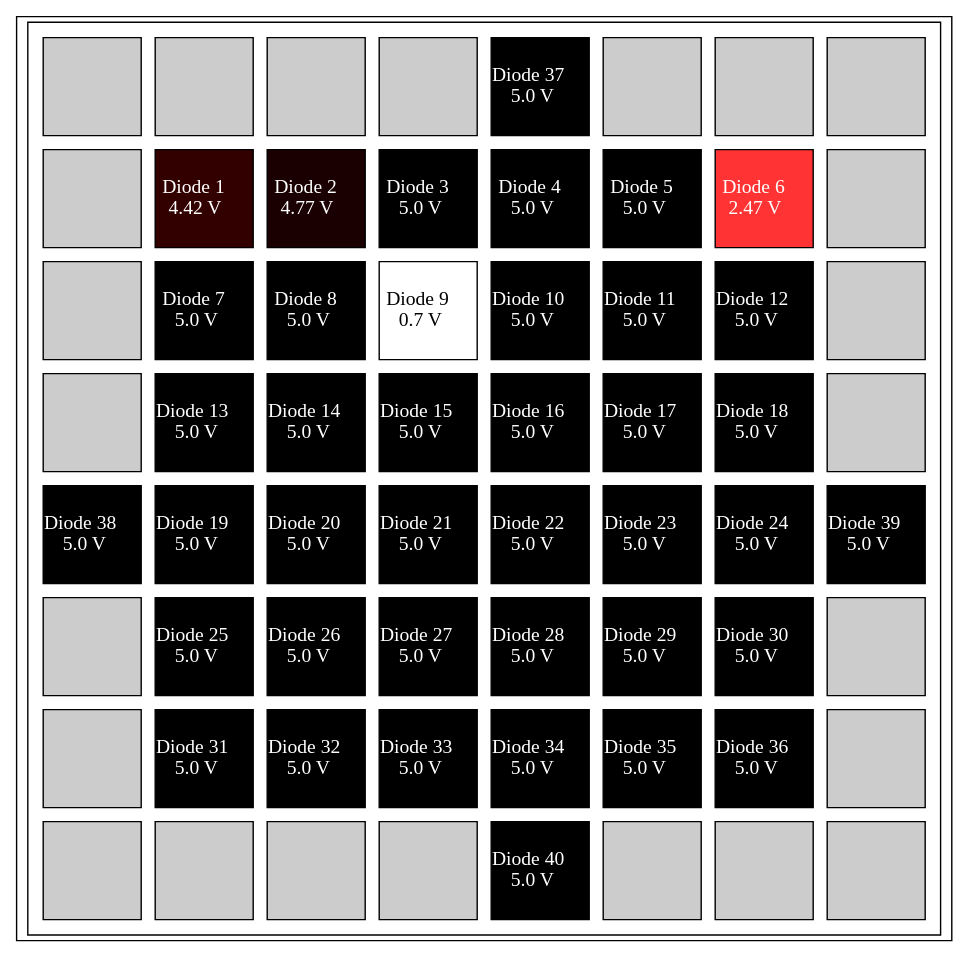
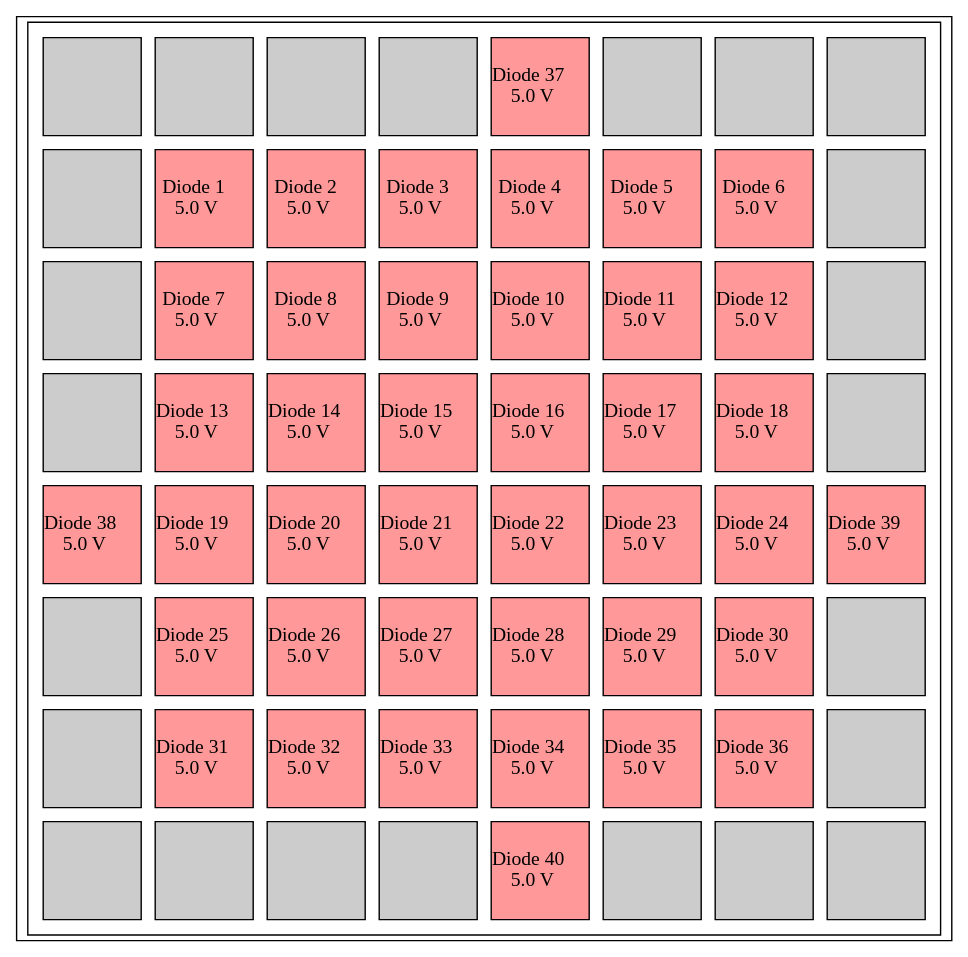
One commit to Karan-Takh/Diode-Dosimetry-Array changed the diagram in array_table.gv. Above: the diagram before and after it, drawn with Graphviz. The commit also changed 4 other files, not shown here.

```diff
--- a/array_table.gv
+++ b/array_table.gv
@@ -10,8 +10,8 @@
 
         <TD bgcolor="#cccccc" fixedsize="true" width="70" height="70"></TD>
 
-        <TD bgcolor="#000000" fixedsize="true" width="70"
-        height="70"><FONT COLOR="white">Diode 37 <BR align="center" /> 5.0 V</FONT></TD>
+        <TD bgcolor="#ff9999" fixedsize="true" width="70"
+        height="70"><FONT COLOR="black">Diode 37 <BR align="center" /> 5.0 V</FONT></TD>
 
         <TD bgcolor="#cccccc" fixedsize="true" width="70" height="70"></TD>
 
@@ -24,23 +24,23 @@
     <TR>
         <TD bgcolor="#cccccc" fixedsize="true" width="70" height="70"></TD>
 
-        <TD bgcolor="#330000" fixedsize="true" width="70"
-        height="70"><FONT COLOR="white">Diode 1 <BR align="center" /> 4.42 V</FONT></TD>
+        <TD bgcolor="#ff9999" fixedsize="true" width="70"
+        height="70"><FONT COLOR="black">Diode 1 <BR align="center" /> 5.0 V</FONT></TD>
 
-        <TD bgcolor="#1a0000" fixedsize="true" width="70"
-        height="70"><FONT COLOR="white">Diode 2 <BR align="center" /> 4.77 V</FONT></TD>
+        <TD bgcolor="#ff9999" fixedsize="true" width="70"
+        height="70"><FONT COLOR="black">Diode 2 <BR align="center" /> 5.0 V</FONT></TD>
 
-        <TD bgcolor="#000000" fixedsize="true" width="70"
-        height="70"><FONT COLOR="white">Diode 3 <BR align="center" /> 5.0 V</FONT></TD>
+        <TD bgcolor="#ff9999" fixedsize="true" width="70"
+        height="70"><FONT COLOR="black">Diode 3 <BR align="center" /> 5.0 V</FONT></TD>
 
-        <TD bgcolor="#000000" fixedsize="true" width="70"
-        height="70"><FONT COLOR="white">Diode 4 <BR align="center" /> 5.0 V</FONT></TD>
+        <TD bgcolor="#ff9999" fixedsize="true" width="70"
+        height="70"><FONT COLOR="black">Diode 4 <BR align="center" /> 5.0 V</FONT></TD>
 
-        <TD bgcolor="#000000" fixedsize="true" width="70"
-        height="70"><FONT COLOR="white">Diode 5 <BR align="center" /> 5.0 V</FONT></TD>
+        <TD bgcolor="#ff9999" fixedsize="true" width="70"
+        height="70"><FONT COLOR="black">Diode 5 <BR align="center" /> 5.0 V</FONT></TD>
 
-        <TD bgcolor="#ff3333" fixedsize="true" width="70"
-        height="70"><FONT COLOR="white">Diode 6 <BR align="center" /> 2.47 V</FONT></TD>
+        <TD bgcolor="#ff9999" fixedsize="true" width="70"
+        height="70"><FONT COLOR="black">Diode 6 <BR align="center" /> 5.0 V</FONT></TD>
 
         <TD bgcolor="#cccccc" fixedsize="true" width="70" height="70"></TD>
     </TR>
@@ -49,23 +49,23 @@
     <TR>
         <TD bgcolor="#cccccc" fixedsize="true" width="70" height="70"></TD>
 
-        <TD bgcolor="#000000" fixedsize="true" width="70"
-        height="70"><FONT COLOR="white">Diode 7 <BR align="center" /> 5.0 V</FONT></TD>
+        <TD bgcolor="#ff9999" fixedsize="true" width="70"
+        height="70"><FONT COLOR="black">Diode 7 <BR align="center" /> 5.0 V</FONT></TD>
 
-        <TD bgcolor="#000000" fixedsize="true" width="70"
-        height="70"><FONT COLOR="white">Diode 8 <BR align="center" /> 5.0 V</FONT></TD>
+        <TD bgcolor="#ff9999" fixedsize="true" width="70"
+        height="70"><FONT COLOR="black">Diode 8 <BR align="center" /> 5.0 V</FONT></TD>
 
-        <TD bgcolor="#ffffff" fixedsize="true" width="70"
-        height="70"><FONT COLOR="black">Diode 9 <BR align="center" /> 0.7 V</FONT></TD>
+        <TD bgcolor="#ff9999" fixedsize="true" width="70"
+        height="70"><FONT COLOR="black">Diode 9 <BR align="center" /> 5.0 V</FONT></TD>
 
-        <TD bgcolor="#000000" fixedsize="true" width="70"
-        height="70"><FONT COLOR="white">Diode 10 <BR align="center" /> 5.0 V</FONT></TD>
+        <TD bgcolor="#ff9999" fixedsize="true" width="70"
+        height="70"><FONT COLOR="black">Diode 10 <BR align="center" /> 5.0 V</FONT></TD>
 
-        <TD bgcolor="#000000" fixedsize="true" width="70"
-        height="70"><FONT COLOR="white">Diode 11 <BR align="center" /> 5.0 V</FONT></TD>
+        <TD bgcolor="#ff9999" fixedsize="true" width="70"
+        height="70"><FONT COLOR="black">Diode 11 <BR align="center" /> 5.0 V</FONT></TD>
 
-        <TD bgcolor="#000000" fixedsize="true" width="70"
-        height="70"><FONT COLOR="white">Diode 12 <BR align="center" /> 5.0 V</FONT></TD>
+        <TD bgcolor="#ff9999" fixedsize="true" width="70"
+        height="70"><FONT COLOR="black">Diode 12 <BR align="center" /> 5.0 V</FONT></TD>
 
         <TD bgcolor="#cccccc" fixedsize="true" width="70" height="70"></TD>
     </TR>
@@ -74,75 +74,75 @@
     <TR>
         <TD bgcolor="#cccccc" fixedsize="true" width="70" height="70"></TD>
 
-        <TD bgcolor="#000000" fixedsize="true" width="70"
-        height="70"><FONT COLOR="white">Diode 13 <BR align="center" /> 5.0 V</FONT></TD>
+        <TD bgcolor="#ff9999" fixedsize="true" width="70"
+        height="70"><FONT COLOR="black">Diode 13 <BR align="center" /> 5.0 V</FONT></TD>
 
-        <TD bgcolor="#000000" fixedsize="true" width="70"
-        height="70"><FONT COLOR="white">Diode 14 <BR align="center" /> 5.0 V</FONT></TD>
+        <TD bgcolor="#ff9999" fixedsize="true" width="70"
+        height="70"><FONT COLOR="black">Diode 14 <BR align="center" /> 5.0 V</FONT></TD>
 
-        <TD bgcolor="#000000" fixedsize="true" width="70"
-        height="70"><FONT COLOR="white">Diode 15 <BR align="center" /> 5.0 V</FONT></TD>
+        <TD bgcolor="#ff9999" fixedsize="true" width="70"
+        height="70"><FONT COLOR="black">Diode 15 <BR align="center" /> 5.0 V</FONT></TD>
 
-        <TD bgcolor="#000000" fixedsize="true" width="70"
-        height="70"><FONT COLOR="white">Diode 16 <BR align="center" /> 5.0 V</FONT></TD>
+        <TD bgcolor="#ff9999" fixedsize="true" width="70"
+        height="70"><FONT COLOR="black">Diode 16 <BR align="center" /> 5.0 V</FONT></TD>
 
-        <TD bgcolor="#000000" fixedsize="true" width="70"
-        height="70"><FONT COLOR="white">Diode 17 <BR align="center" /> 5.0 V</FONT></TD>
+        <TD bgcolor="#ff9999" fixedsize="true" width="70"
+        height="70"><FONT COLOR="black">Diode 17 <BR align="center" /> 5.0 V</FONT></TD>
 
-        <TD bgcolor="#000000" fixedsize="true" width="70"
-        height="70"><FONT COLOR="white">Diode 18 <BR align="center" /> 5.0 V</FONT></TD>
+        <TD bgcolor="#ff9999" fixedsize="true" width="70"
+        height="70"><FONT COLOR="black">Diode 18 <BR align="center" /> 5.0 V</FONT></TD>
 
         <TD bgcolor="#cccccc" fixedsize="true" width="70" height="70"></TD>
     </TR>
 
 
     <TR>
-        <TD bgcolor="#000000" fixedsize="true" width="70"
-        height="70"><FONT COLOR="white">Diode 38 <BR align="center" /> 5.0 V</FONT></TD>
+        <TD bgcolor="#ff9999" fixedsize="true" width="70"
+        height="70"><FONT COLOR="black">Diode 38 <BR align="center" /> 5.0 V</FONT></TD>
 
-        <TD bgcolor="#000000" fixedsize="true" width="70"
-        height="70"><FONT COLOR="white">Diode 19 <BR align="center" /> 5.0 V</FONT></TD>
+        <TD bgcolor="#ff9999" fixedsize="true" width="70"
+        height="70"><FONT COLOR="black">Diode 19 <BR align="center" /> 5.0 V</FONT></TD>
 
-        <TD bgcolor="#000000" fixedsize="true" width="70"
-        height="70"><FONT COLOR="white">Diode 20 <BR align="center" /> 5.0 V</FONT></TD>
+        <TD bgcolor="#ff9999" fixedsize="true" width="70"
+        height="70"><FONT COLOR="black">Diode 20 <BR align="center" /> 5.0 V</FONT></TD>
 
-        <TD bgcolor="#000000" fixedsize="true" width="70"
-        height="70"><FONT COLOR="white">Diode 21 <BR align="center" /> 5.0 V</FONT></TD>
+        <TD bgcolor="#ff9999" fixedsize="true" width="70"
+        height="70"><FONT COLOR="black">Diode 21 <BR align="center" /> 5.0 V</FONT></TD>
 
-        <TD bgcolor="#000000" fixedsize="true" width="70"
-        height="70"><FONT COLOR="white">Diode 22 <BR align="center" /> 5.0 V</FONT></TD>
+        <TD bgcolor="#ff9999" fixedsize="true" width="70"
+        height="70"><FONT COLOR="black">Diode 22 <BR align="center" /> 5.0 V</FONT></TD>
 
-        <TD bgcolor="#000000" fixedsize="true" width="70"
-        height="70"><FONT COLOR="white">Diode 23 <BR align="center" /> 5.0 V</FONT></TD>
+        <TD bgcolor="#ff9999" fixedsize="true" width="70"
+        height="70"><FONT COLOR="black">Diode 23 <BR align="center" /> 5.0 V</FONT></TD>
 
-        <TD bgcolor="#000000" fixedsize="true" width="70"
-        height="70"><FONT COLOR="white">Diode 24 <BR align="center" /> 5.0 V</FONT></TD>
+        <TD bgcolor="#ff9999" fixedsize="true" width="70"
+        height="70"><FONT COLOR="black">Diode 24 <BR align="center" /> 5.0 V</FONT></TD>
 
-        <TD bgcolor="#000000" fixedsize="true" width="70"
-        height="70"><FONT COLOR="white">Diode 39 <BR align="center" /> 5.0 V</FONT></TD>
+        <TD bgcolor="#ff9999" fixedsize="true" width="70"
+        height="70"><FONT COLOR="black">Diode 39 <BR align="center" /> 5.0 V</FONT></TD>
     </TR>
 
 
     <TR>
         <TD bgcolor="#cccccc" fixedsize="true" width="70" height="70"></TD>
 
-        <TD bgcolor="#000000" fixedsize="true" width="70"
-        height="70"><FONT COLOR="white">Diode 25 <BR align="center" /> 5.0 V</FONT></TD>
+        <TD bgcolor="#ff9999" fixedsize="true" width="70"
+        height="70"><FONT COLOR="black">Diode 25 <BR align="center" /> 5.0 V</FONT></TD>
 
-        <TD bgcolor="#000000" fixedsize="true" width="70"
-        height="70"><FONT COLOR="white">Diode 26 <BR align="center" /> 5.0 V</FONT></TD>
+        <TD bgcolor="#ff9999" fixedsize="true" width="70"
+        height="70"><FONT COLOR="black">Diode 26 <BR align="center" /> 5.0 V</FONT></TD>
 
-        <TD bgcolor="#000000" fixedsize="true" width="70"
-        height="70"><FONT COLOR="white">Diode 27 <BR align="center" /> 5.0 V</FONT></TD>
+        <TD bgcolor="#ff9999" fixedsize="true" width="70"
+        height="70"><FONT COLOR="black">Diode 27 <BR align="center" /> 5.0 V</FONT></TD>
 
-        <TD bgcolor="#000000" fixedsize="true" width="70"
-        height="70"><FONT COLOR="white">Diode 28 <BR align="center" /> 5.0 V</FONT></TD>
+        <TD bgcolor="#ff9999" fixedsize="true" width="70"
+        height="70"><FONT COLOR="black">Diode 28 <BR align="center" /> 5.0 V</FONT></TD>
 
-        <TD bgcolor="#000000" fixedsize="true" width="70"
-        height="70"><FONT COLOR="white">Diode 29 <BR align="center" /> 5.0 V</FONT></TD>
+        <TD bgcolor="#ff9999" fixedsize="true" width="70"
+        height="70"><FONT COLOR="black">Diode 29 <BR align="center" /> 5.0 V</FONT></TD>
 
-        <TD bgcolor="#000000" fixedsize="true" width="70"
-        height="70"><FONT COLOR="white">Diode 30 <BR align="center" /> 5.0 V</FONT></TD>
+        <TD bgcolor="#ff9999" fixedsize="true" width="70"
+        height="70"><FONT COLOR="black">Diode 30 <BR align="center" /> 5.0 V</FONT></TD>
 
         <TD bgcolor="#cccccc" fixedsize="true" width="70" height="70"></TD>
     </TR>
@@ -151,23 +151,23 @@
     <TR>
         <TD bgcolor="#cccccc" fixedsize="true" width="70" height="70"></TD>
 
-        <TD bgcolor="#000000" fixedsize="true" width="70"
-        height="70"><FONT COLOR="white">Diode 31 <BR align="center" /> 5.0 V</FONT></TD>
+        <TD bgcolor="#ff9999" fixedsize="true" width="70"
+        height="70"><FONT COLOR="black">Diode 31 <BR align="center" /> 5.0 V</FONT></TD>
 
-        <TD bgcolor="#000000" fixedsize="true" width="70"
-        height="70"><FONT COLOR="white">Diode 32 <BR align="center" /> 5.0 V</FONT></TD>
+        <TD bgcolor="#ff9999" fixedsize="true" width="70"
+        height="70"><FONT COLOR="black">Diode 32 <BR align="center" /> 5.0 V</FONT></TD>
 
-        <TD bgcolor="#000000" fixedsize="true" width="70"
-        height="70"><FONT COLOR="white">Diode 33 <BR align="center" /> 5.0 V</FONT></TD>
+        <TD bgcolor="#ff9999" fixedsize="true" width="70"
+        height="70"><FONT COLOR="black">Diode 33 <BR align="center" /> 5.0 V</FONT></TD>
 
-        <TD bgcolor="#000000" fixedsize="true" width="70"
-        height="70"><FONT COLOR="white">Diode 34 <BR align="center" /> 5.0 V</FONT></TD>
+        <TD bgcolor="#ff9999" fixedsize="true" width="70"
+        height="70"><FONT COLOR="black">Diode 34 <BR align="center" /> 5.0 V</FONT></TD>
 
-        <TD bgcolor="#000000" fixedsize="true" width="70"
-        height="70"><FONT COLOR="white">Diode 35 <BR align="center" /> 5.0 V</FONT></TD>
+        <TD bgcolor="#ff9999" fixedsize="true" width="70"
+        height="70"><FONT COLOR="black">Diode 35 <BR align="center" /> 5.0 V</FONT></TD>
 
-        <TD bgcolor="#000000" fixedsize="true" width="70"
-        height="70"><FONT COLOR="white">Diode 36 <BR align="center" /> 5.0 V</FONT></TD>
+        <TD bgcolor="#ff9999" fixedsize="true" width="70"
+        height="70"><FONT COLOR="black">Diode 36 <BR align="center" /> 5.0 V</FONT></TD>
 
         <TD bgcolor="#cccccc" fixedsize="true" width="70" height="70"></TD>
     </TR>
@@ -182,8 +182,8 @@
 
         <TD bgcolor="#cccccc" fixedsize="true" width="70" height="70"></TD>
 
-        <TD bgcolor="#000000" fixedsize="true" width="70"
-        height="70"><FONT COLOR="white">Diode 40 <BR align="center" /> 5.0 V</FONT></TD>
+        <TD bgcolor="#ff9999" fixedsize="true" width="70"
+        height="70"><FONT COLOR="black">Diode 40 <BR align="center" /> 5.0 V</FONT></TD>
 
         <TD bgcolor="#cccccc" fixedsize="true" width="70" height="70"></TD>
 
```
